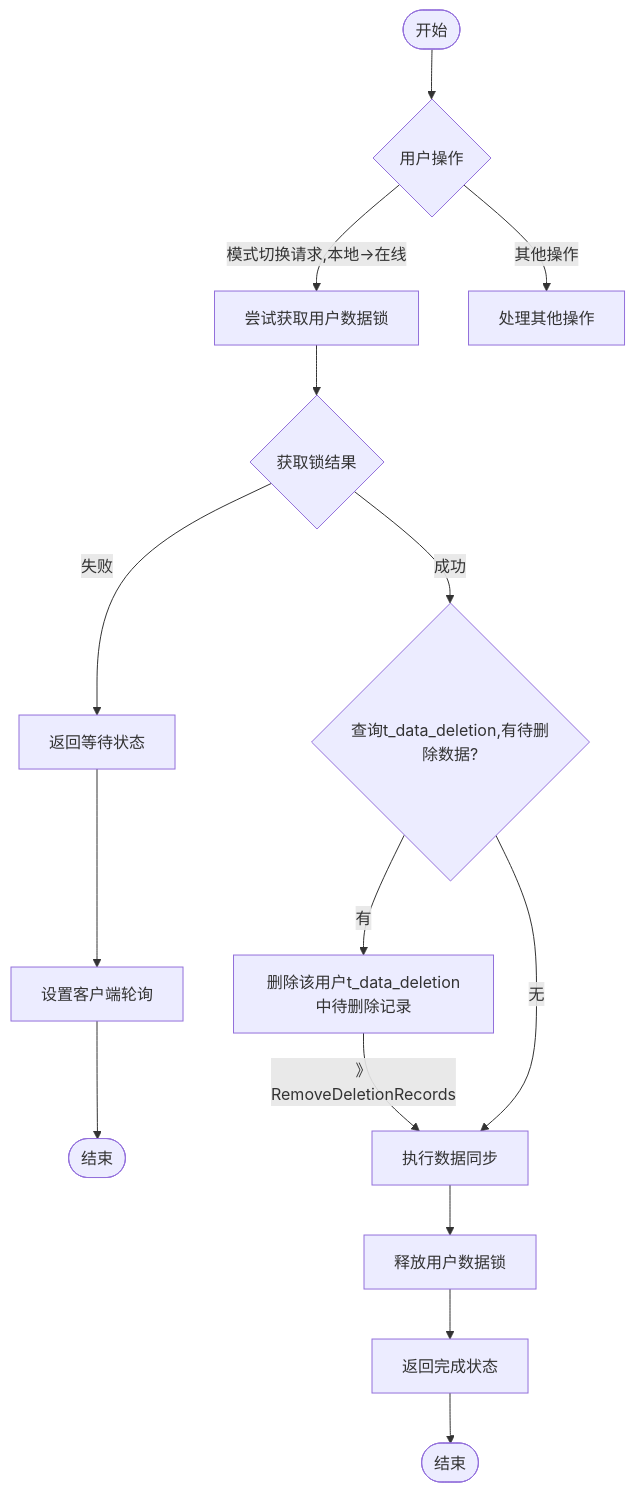
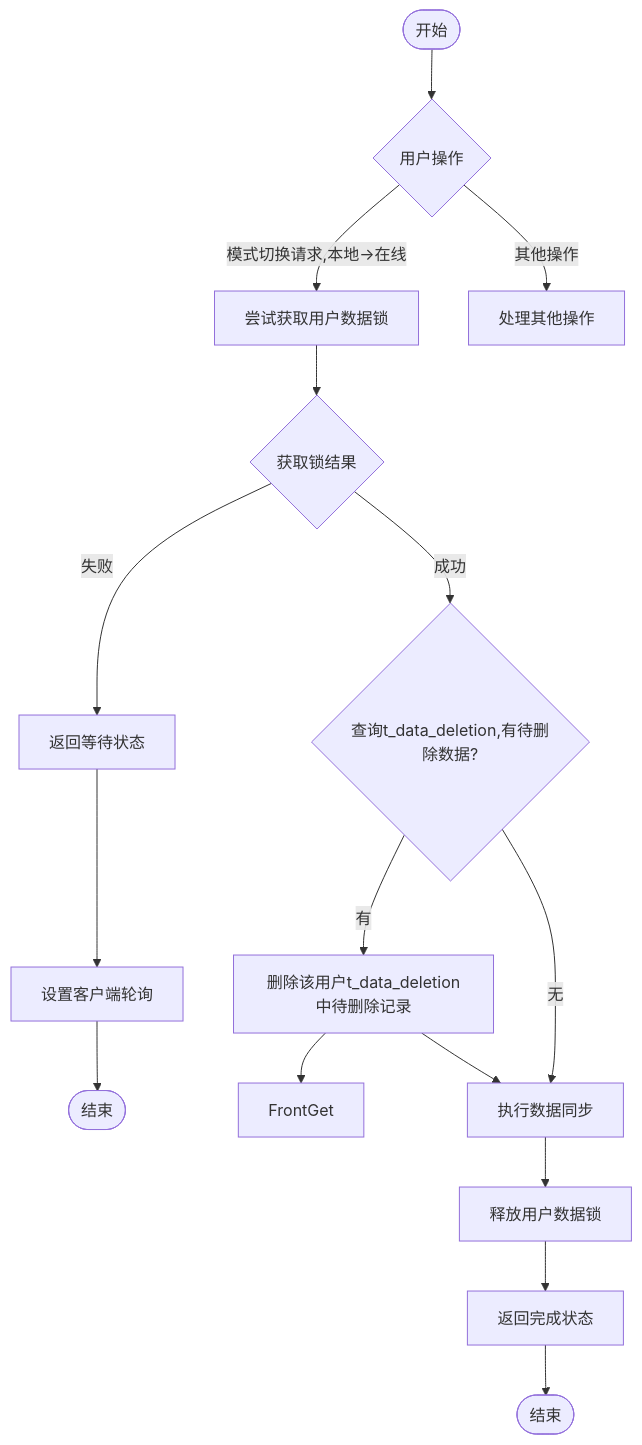
The diagram in all/未命名-57.md (yingjianzh/iodraw-files), drawn with Mermaid before and after one commit.

Commit message:
2025-05-12 11:30:50 update

````diff
--- a/all/未命名-57.md
+++ b/all/未命名-57.md
@@ -1,28 +1,28 @@
 ```mermaid
 
 flowchart TD
     %% 主要分支
     Start([开始]) --> UserAction{用户操作}
     UserAction -->|模式切换请求,本地→在线| TryLock[尝试获取用户数据锁]
     UserAction -->|其他操作| OtherOps[处理其他操作]
 
     %% 模式切换流程
     TryLock --> LockResult{获取锁结果}
     
     LockResult -->|失败| ReturnWaiting[返回等待状态]
     ReturnWaiting --> SetupPolling[设置客户端轮询]
     SetupPolling --> End1([结束])
     
     LockResult -->|成功| CheckPendingDeletion{查询t_data_deletion,有待删除数据?}
     
     CheckPendingDeletion -->|有| RemoveDeletionRecords[删除该用户t_data_deletion中待删除记录]
-    RemoveDeletionRecords --》 
+    RemoveDeletionRecords --> FrontGet
     RemoveDeletionRecords --> PerformSync[执行数据同步]
     
     CheckPendingDeletion -->|无| PerformSync
     
     PerformSync --> ReleaseSwitchLock[释放用户数据锁]
     ReleaseSwitchLock --> ReturnComplete[返回完成状态]
     ReturnComplete --> End2([结束])
 
 ```
````
